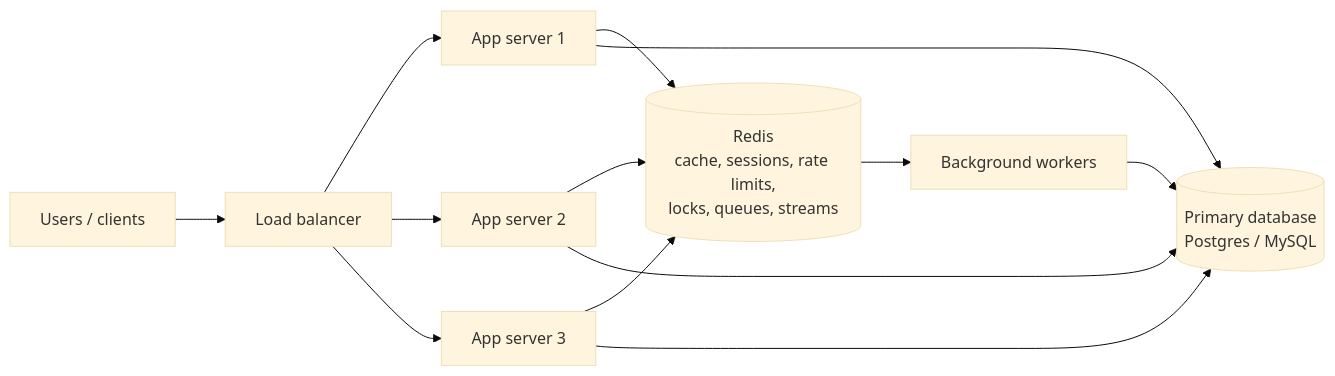
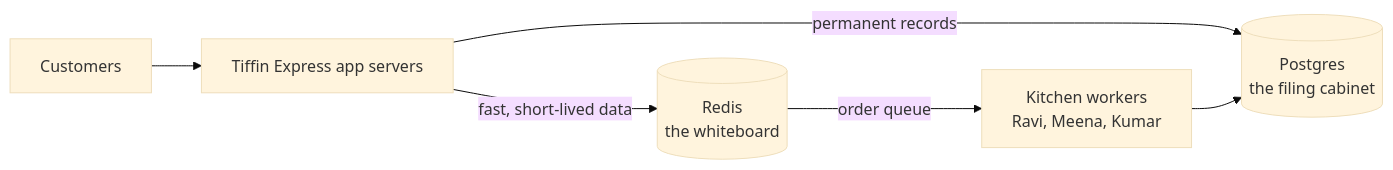
One commit to selvakumarperumal/Regulatory_Circular_Impact_Agent changed the first of 30 diagrams in redis.md. Above: the diagram before and after it, drawn with Mermaid (base theme). The commit also changed other lines of this file, not shown here.

````diff
--- a/redis.md
+++ b/redis.md
@@ -72,11 +88,8 @@
 ```mermaid
 flowchart LR
-    U["Users / clients"] --> LB["Load balancer"]
-    LB --> A1["App server 1"]
-    LB --> A2["App server 2"]
-    LB --> A3["App server 3"]
-    A1 & A2 & A3 --> R[("Redis<br/>cache, sessions, rate limits,<br/>locks, queues, streams")]
-    A1 & A2 & A3 --> DB[("Primary database<br/>Postgres / MySQL")]
-    R --> W["Background workers"]
-    W --> DB
+    U["Customers"] --> APP["Tiffin Express app servers"]
+    APP -- "fast, short-lived data" --> R[("Redis<br/>the whiteboard")]
+    APP -- "permanent records" --> DB[("Postgres<br/>the filing cabinet")]
+    R -- "order queue" --> K["Kitchen workers<br/>Ravi, Meena, Kumar"]
+    K --> DB
 ```
````
